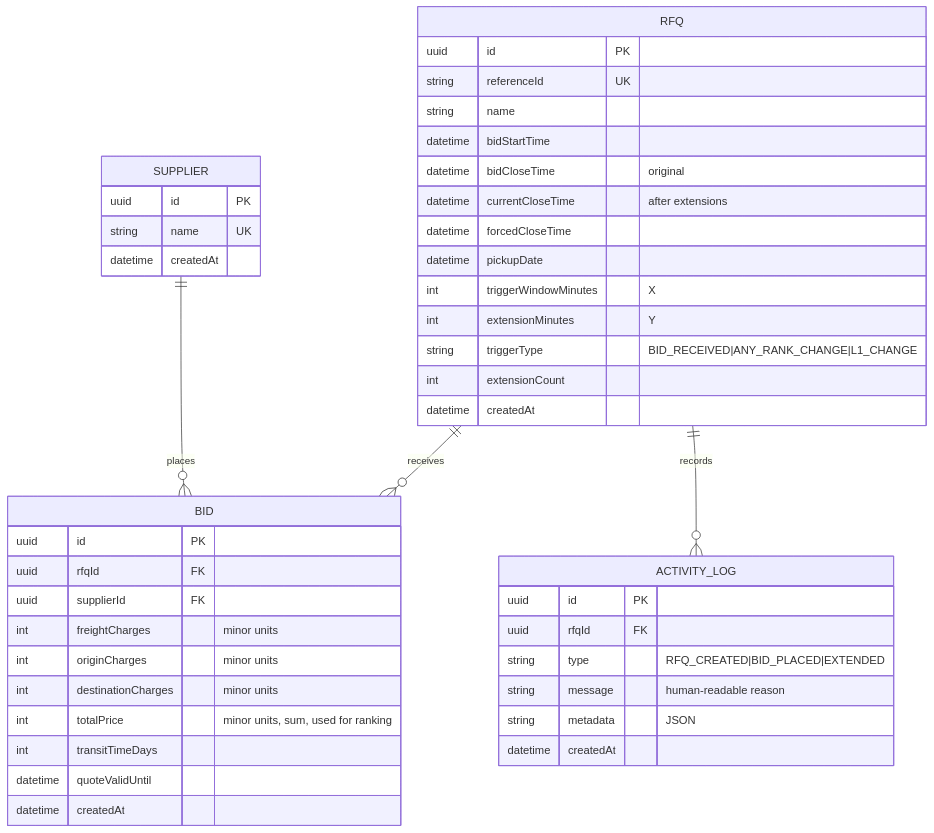
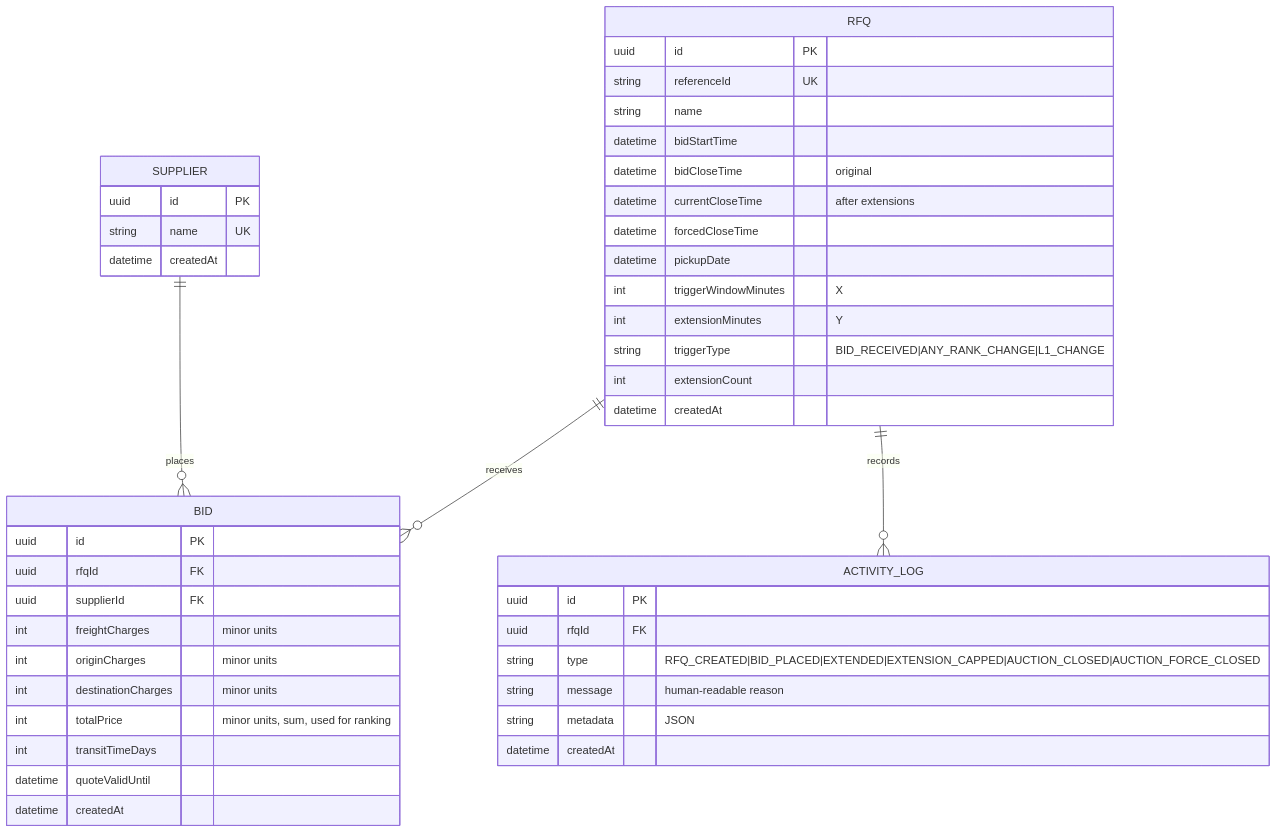
Before and after one commit to Vyoum/gocomet_british: the diagram in docs/SCHEMA.md, drawn with Mermaid. The commit also changed other lines of this file and 20 other files, not shown here.

````diff
--- a/docs/SCHEMA.md
+++ b/docs/SCHEMA.md
@@ -5,46 +5,46 @@
 ```mermaid
 erDiagram
   SUPPLIER ||--o{ BID : places
   RFQ ||--o{ BID : receives
   RFQ ||--o{ ACTIVITY_LOG : records
   SUPPLIER {
     uuid id PK
     string name UK
     datetime createdAt
   }
   RFQ {
     uuid id PK
     string referenceId UK
     string name
     datetime bidStartTime
     datetime bidCloseTime "original"
     datetime currentCloseTime "after extensions"
     datetime forcedCloseTime
     datetime pickupDate
     int triggerWindowMinutes "X"
     int extensionMinutes "Y"
     string triggerType "BID_RECEIVED|ANY_RANK_CHANGE|L1_CHANGE"
     int extensionCount
     datetime createdAt
   }
   BID {
     uuid id PK
     uuid rfqId FK
     uuid supplierId FK
     int freightCharges "minor units"
     int originCharges "minor units"
     int destinationCharges "minor units"
     int totalPrice "minor units, sum, used for ranking"
     int transitTimeDays
     datetime quoteValidUntil
     datetime createdAt
   }
   ACTIVITY_LOG {
     uuid id PK
     uuid rfqId FK
-    string type "RFQ_CREATED|BID_PLACED|EXTENDED"
+    string type "RFQ_CREATED|BID_PLACED|EXTENDED|EXTENSION_CAPPED|AUCTION_CLOSED|AUCTION_FORCE_CLOSED"
     string message "human-readable reason"
     string metadata "JSON"
     datetime createdAt
   }
 ```
````
